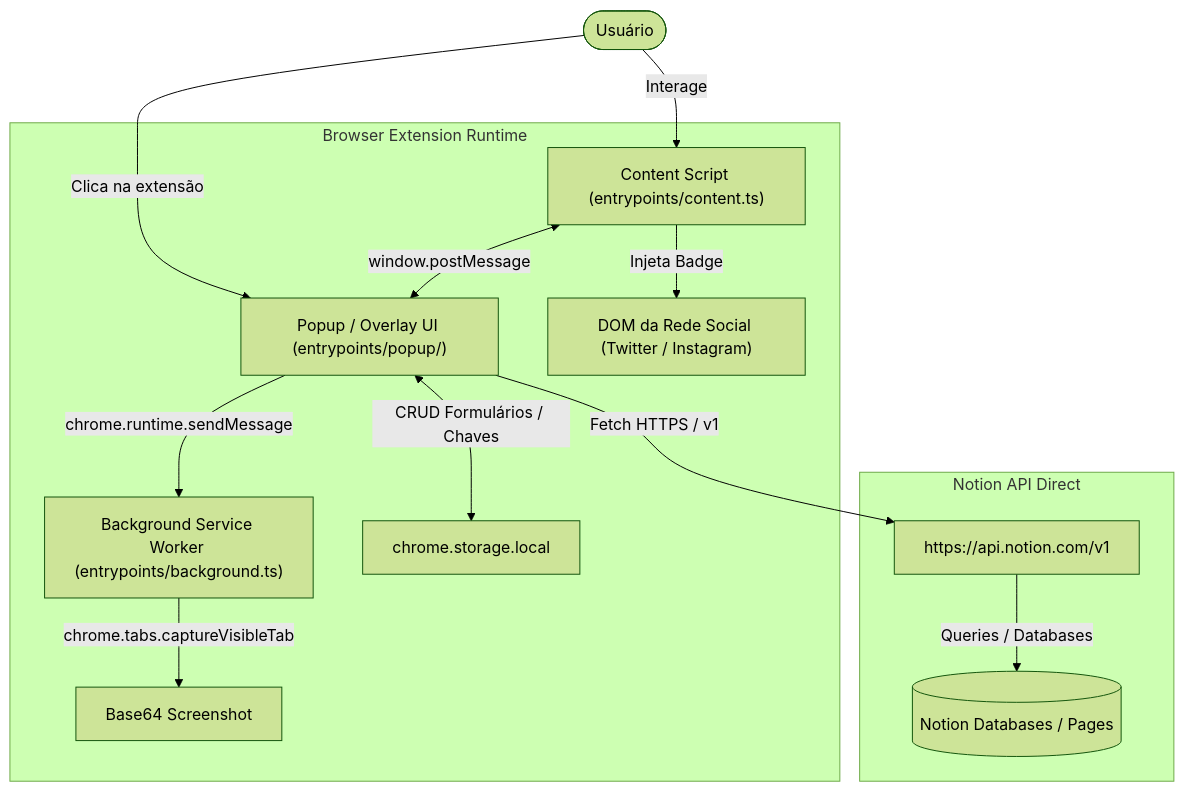
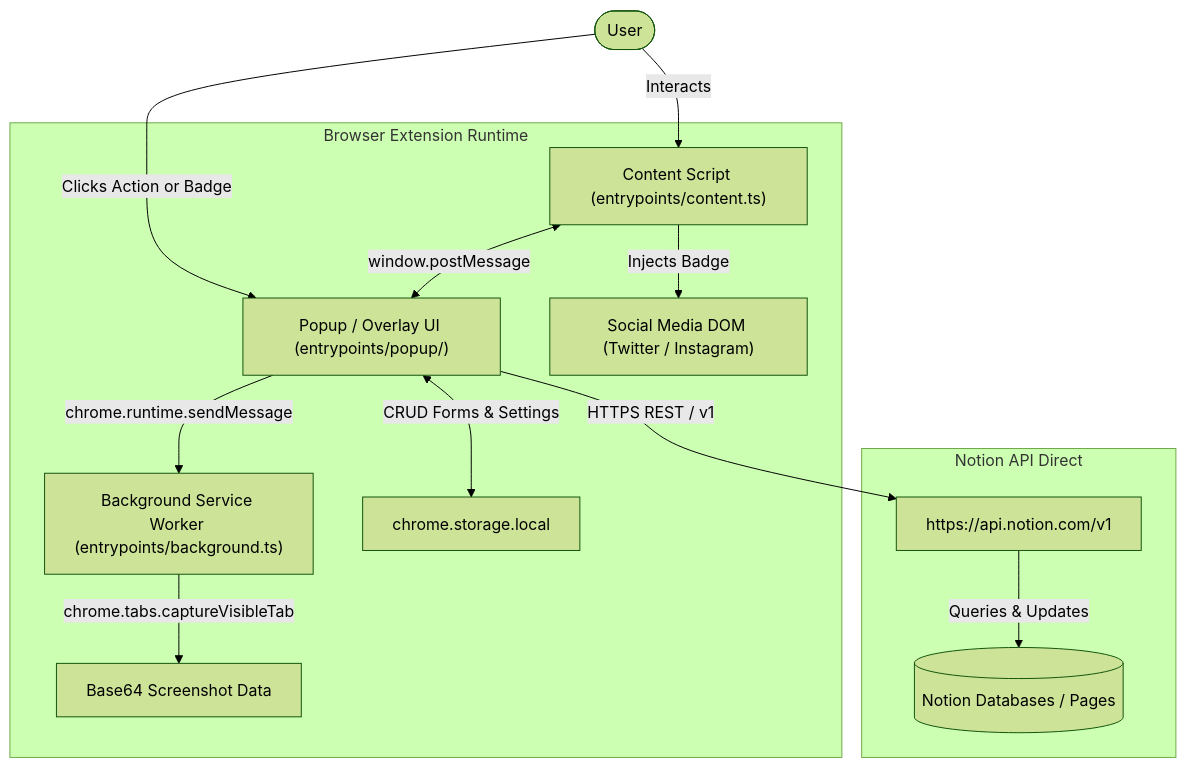
The diagram in docs/architecture.md (Elifelete/notion-save-clipper), drawn with Mermaid (forest theme) before and after one commit. The commit also changed other lines of this file and 1 other file, not shown here.

Commit message:
docs: translate AGENTS.md and docs/architecture.md to English and replace absolute paths with relative paths

````diff
--- a/docs/architecture.md
+++ b/docs/architecture.md
@@ -11,18 +11,18 @@
 ```mermaid
 graph TD
-  User([Usuário]) -->|Interage| ContentScript["Content Script (entrypoints/content.ts)"]
-  User -->|Clica na extensão| PopupUI["Popup / Overlay UI (entrypoints/popup/)"]
+  User([User]) -->|Interacts| ContentScript["Content Script (entrypoints/content.ts)"]
+  User -->|Clicks Action or Badge| PopupUI["Popup / Overlay UI (entrypoints/popup/)"]
   
   subgraph Browser Extension Runtime
-    ContentScript -->|Injeta Badge| SocialMediaDOM["DOM da Rede Social (Twitter / Instagram)"]
+    ContentScript -->|Injects Badge| SocialMediaDOM["Social Media DOM (Twitter / Instagram)"]
     ContentScript <-->|window.postMessage| PopupUI
     PopupUI -->|chrome.runtime.sendMessage| BackgroundSW["Background Service Worker (entrypoints/background.ts)"]
-    PopupUI <-->|CRUD Formulários / Chaves| LocalStorage["chrome.storage.local"]
-    BackgroundSW -->|chrome.tabs.captureVisibleTab| ScreenshotData[Base64 Screenshot]
+    PopupUI <-->|CRUD Forms & Settings| LocalStorage["chrome.storage.local"]
+    BackgroundSW -->|chrome.tabs.captureVisibleTab| ScreenshotData[Base64 Screenshot Data]
   end
 
   subgraph Notion API Direct
-    PopupUI -->|Fetch HTTPS / v1| NotionAPI["https://api.notion.com/v1"]
-    NotionAPI -->|Queries / Databases| NotionDatabases[(Notion Databases / Pages)]
+    PopupUI -->|HTTPS REST / v1| NotionAPI["https://api.notion.com/v1"]
+    NotionAPI -->|Queries & Updates| NotionDatabases[(Notion Databases / Pages)]
   end
 ```
````
